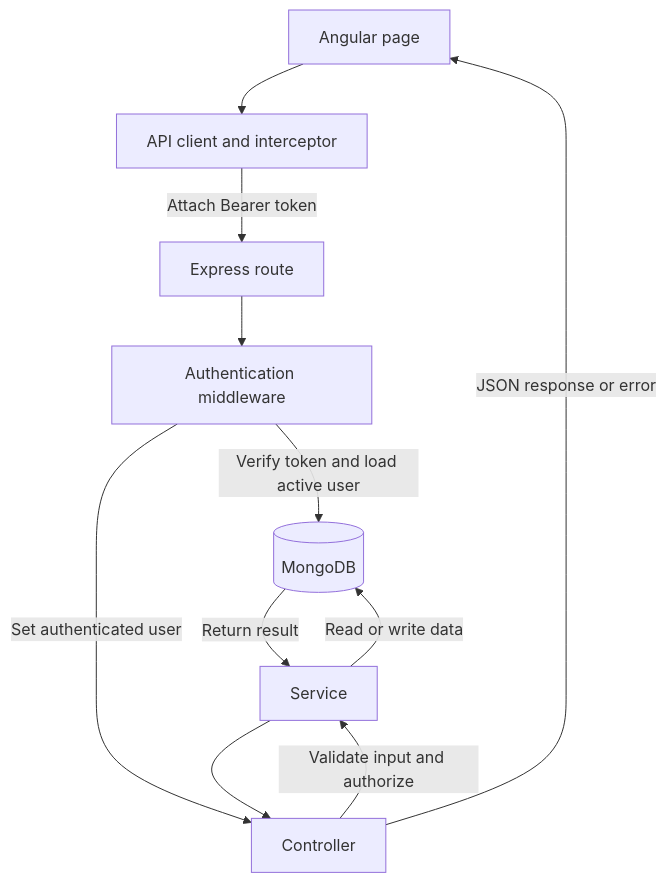
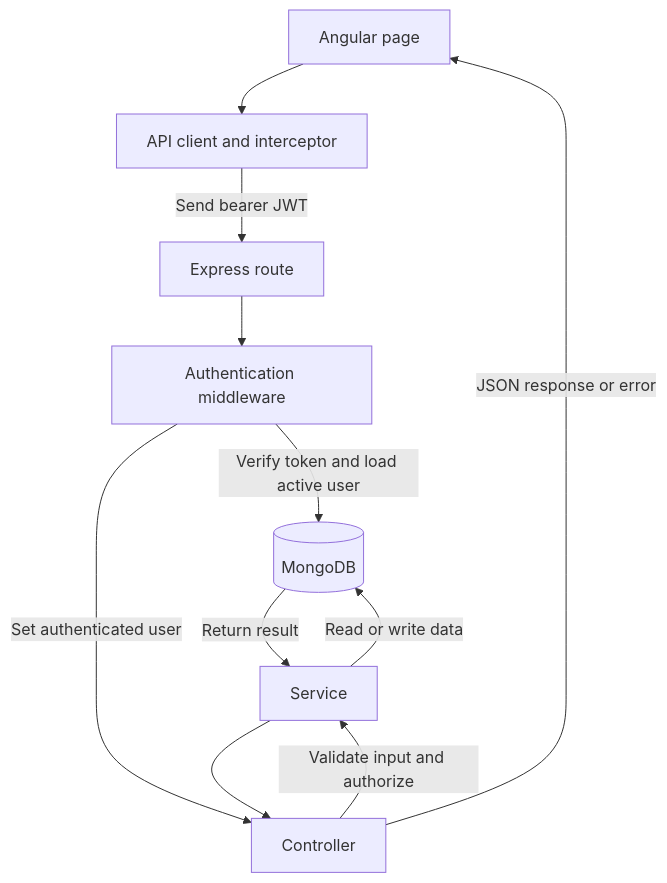
One commit to GayathriReddy02/TaskManagement changed the second of 5 diagrams in docs/ARCHITECTURE.md. Above: the diagram before and after it, drawn with Mermaid. The commit also changed other lines of this file and 49 other files, not shown here.

````diff
--- a/docs/ARCHITECTURE.md
+++ b/docs/ARCHITECTURE.md
@@ -61,13 +61,13 @@
 ```mermaid
 flowchart TD
     UI[Angular page] --> API[API client and interceptor]
-    API -->|Attach Bearer token| Router[Express route]
+    API -->|Send bearer JWT| Router[Express route]
     Router --> Auth[Authentication middleware]
     Auth -->|Verify token and load active user| DB[(MongoDB)]
     Auth -->|Set authenticated user| Ctrl[Controller]
     Ctrl -->|Validate input and authorize| Svc[Service]
     Svc -->|Read or write data| DB
     DB -->|Return result| Svc
     Svc --> Ctrl
     Ctrl -->|JSON response or error| UI
 ```
````
